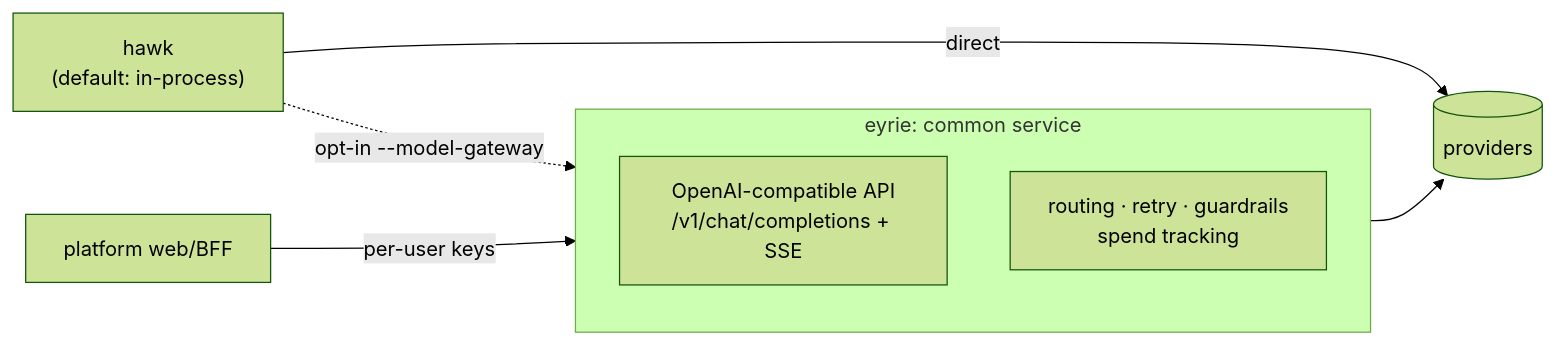
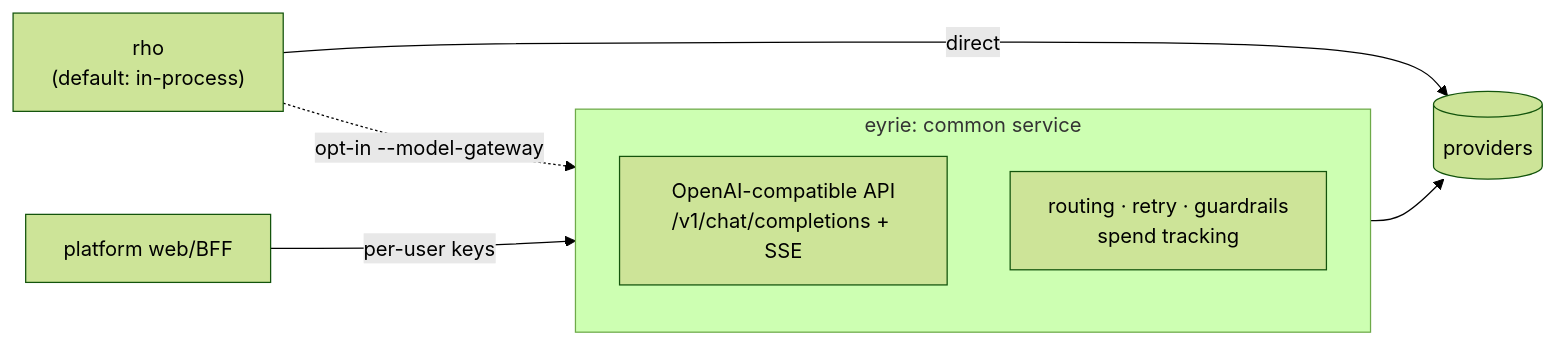
One commit to GrayCodeAI/Rhov changed the second of 2 diagrams in docs/design/three-repo-architecture.md. Above: the diagram before and after it, drawn with Mermaid (forest theme). The commit also changed other lines of this file and 1323 other files, not shown here.

First line of the commit message:
feat!: rename Hawk to Rho; add Tau-style TUI and feature parity (#306)

````diff
--- a/docs/design/three-repo-architecture.md
+++ b/docs/design/three-repo-architecture.md
@@ -42,11 +42,11 @@
 ```mermaid
 flowchart LR
-    CLI2["hawk\n(default: in-process)"] -. "opt-in --model-gateway" .-> GW
+    CLI2["rho\n(default: in-process)"] -. "opt-in --model-gateway" .-> GW
     WEB2["platform web/BFF"] -->|per-user keys| GW
     subgraph GW["eyrie: common service"]
         API["OpenAI-compatible API\n/v1/chat/completions + SSE"]
         POL["routing · retry · guardrails\nspend tracking"]
     end
     GW --> PROV[(providers)]
     CLI2 -->|direct| PROV
 ```
````
